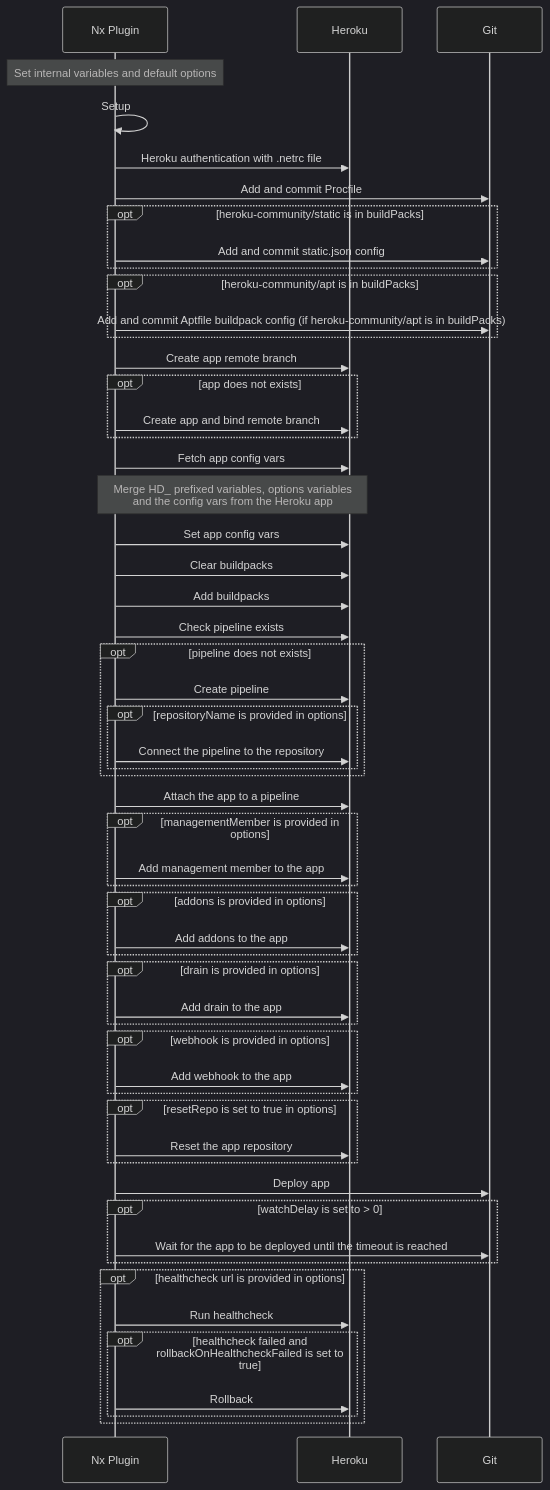
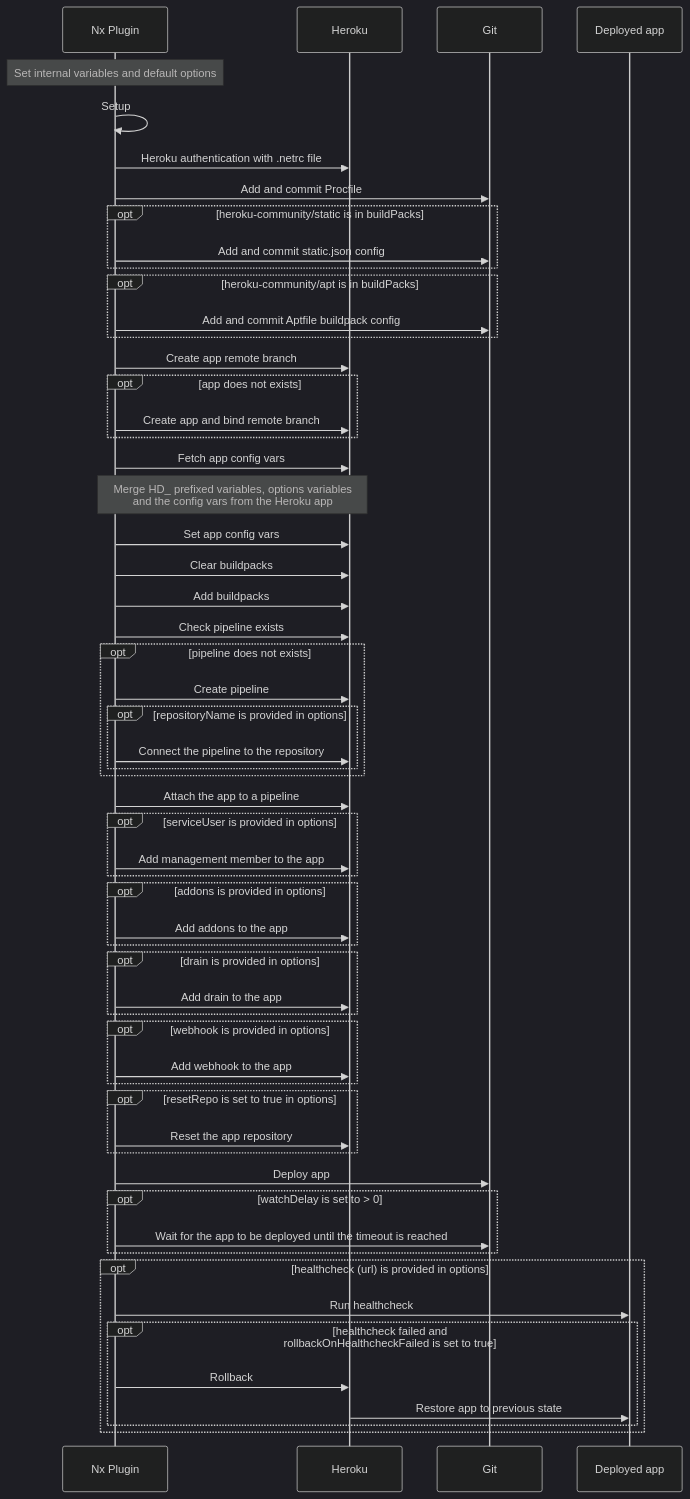
Before and after one commit to getlarge/nx-heroku: the diagram in README.md, drawn with Mermaid (dark theme). The commit also changed other lines of this file, not shown here.

Commit message:
docs: update deploy diagram

````diff
--- a/README.md
+++ b/README.md
@@ -99,60 +99,62 @@
 ```mermaid
 sequenceDiagram
 	participant Nx as Nx Plugin
 	participant CLI as Heroku
 	participant Git as Git
+	participant App as Deployed app
 
   note over Nx,Nx: Set internal variables and default options
   Nx->>Nx: Setup
   Nx->>CLI: Heroku authentication with .netrc file
   Nx->>Git: Add and commit Procfile
   opt heroku-community/static is in buildPacks
     Nx->>Git: Add and commit static.json config
   end
   opt heroku-community/apt is in buildPacks
-    Nx->>Git: Add and commit Aptfile buildpack config (if heroku-community/apt is in buildPacks)
+    Nx->>Git: Add and commit Aptfile buildpack config
   end
   Nx->>CLI: Create app remote branch
   opt app does not exists
     Nx->>CLI: Create app and bind remote branch
   end
   Nx->>CLI: Fetch app config vars
   note over Nx,CLI: Merge HD_ prefixed variables, options variables<br/>and the config vars from the Heroku app
   Nx->>CLI: Set app config vars
   Nx->>CLI: Clear buildpacks
   Nx->>CLI: Add buildpacks
   Nx->>CLI: Check pipeline exists
   opt pipeline does not exists
     Nx->>CLI: Create pipeline
      opt repositoryName is provided in options
       Nx->>CLI: Connect the pipeline to the repository
     end
   end
   Nx->>CLI: Attach the app to a pipeline
-  opt managementMember is provided in options
+  opt serviceUser is provided in options
     Nx->>CLI: Add management member to the app
   end
   opt addons is provided in options
     Nx->>CLI: Add addons to the app
   end
   opt drain is provided in options
     Nx->>CLI: Add drain to the app
   end
   opt webhook is provided in options
     Nx->>CLI: Add webhook to the app
   end
   opt resetRepo is set to true in options
     Nx->>CLI: Reset the app repository
   end
   Nx->>Git: Deploy app
   opt watchDelay is set to > 0
     Nx->>Git: Wait for the app to be deployed until the timeout is reached
   end
-  opt healthcheck url is provided in options
-    Nx->>CLI: Run healthcheck
+  opt healthcheck (url) is provided in options
+    Nx->>App: Run healthcheck
     opt healthcheck failed and rollbackOnHealthcheckFailed is set to true
       Nx->>CLI: Rollback
+      CLI->>App: Restore app to previous state
     end
   end
 
 ```
````
